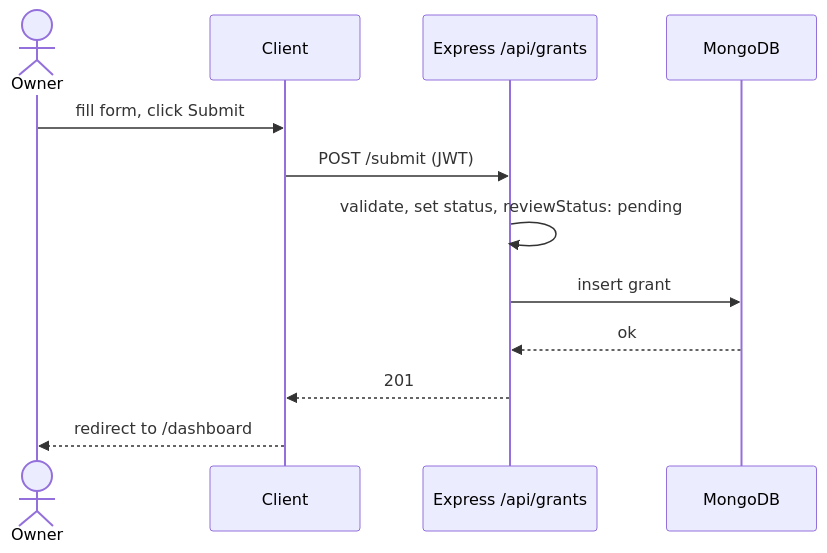
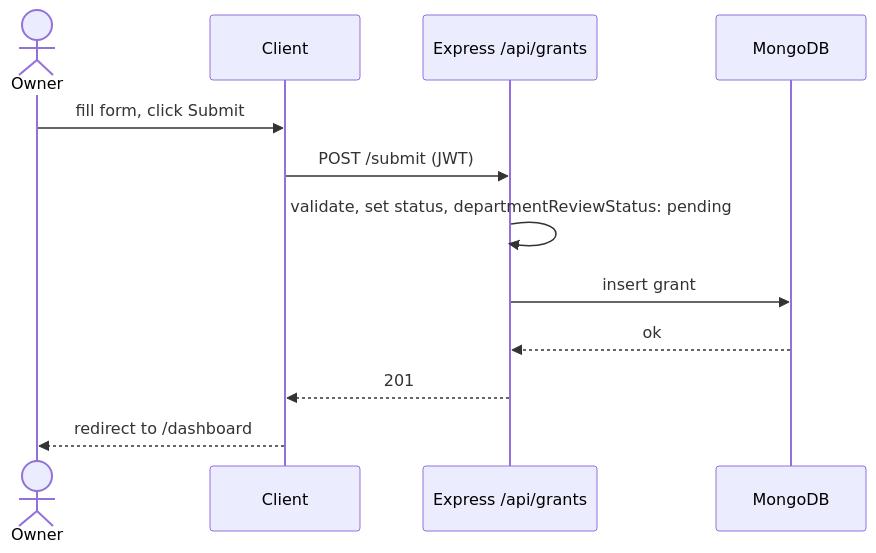
The seventh of 8 diagrams in docs/architecture.md (jayantiacharya/grant-management-system), drawn with Mermaid before and after one commit. The commit also changed other lines of this file and 4 other files, not shown here.

````diff
--- a/docs/architecture.md
+++ b/docs/architecture.md
@@ -345,14 +351,14 @@
 ```mermaid
 sequenceDiagram
     actor Owner
     participant Client
     participant API as Express /api/grants
     participant DB as MongoDB
     Owner->>Client: fill form, click Submit
     Client->>API: POST /submit (JWT)
-    API->>API: validate, set status, reviewStatus: pending
+    API->>API: validate, set status, departmentReviewStatus: pending
     API->>DB: insert grant
     DB-->>API: ok
     API-->>Client: 201
     Client-->>Owner: redirect to /dashboard
 ```
````
